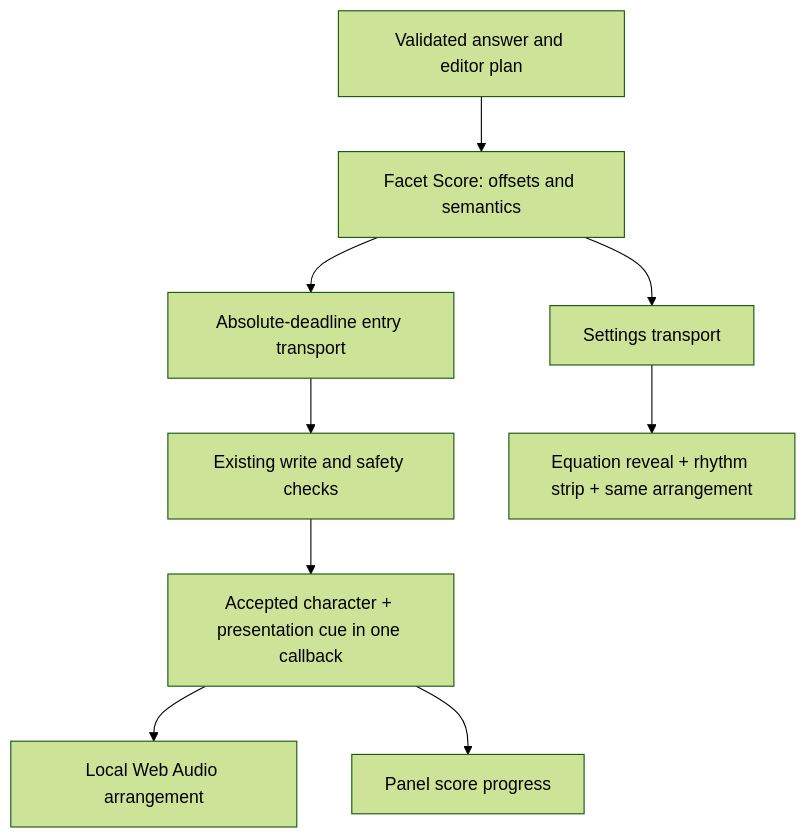
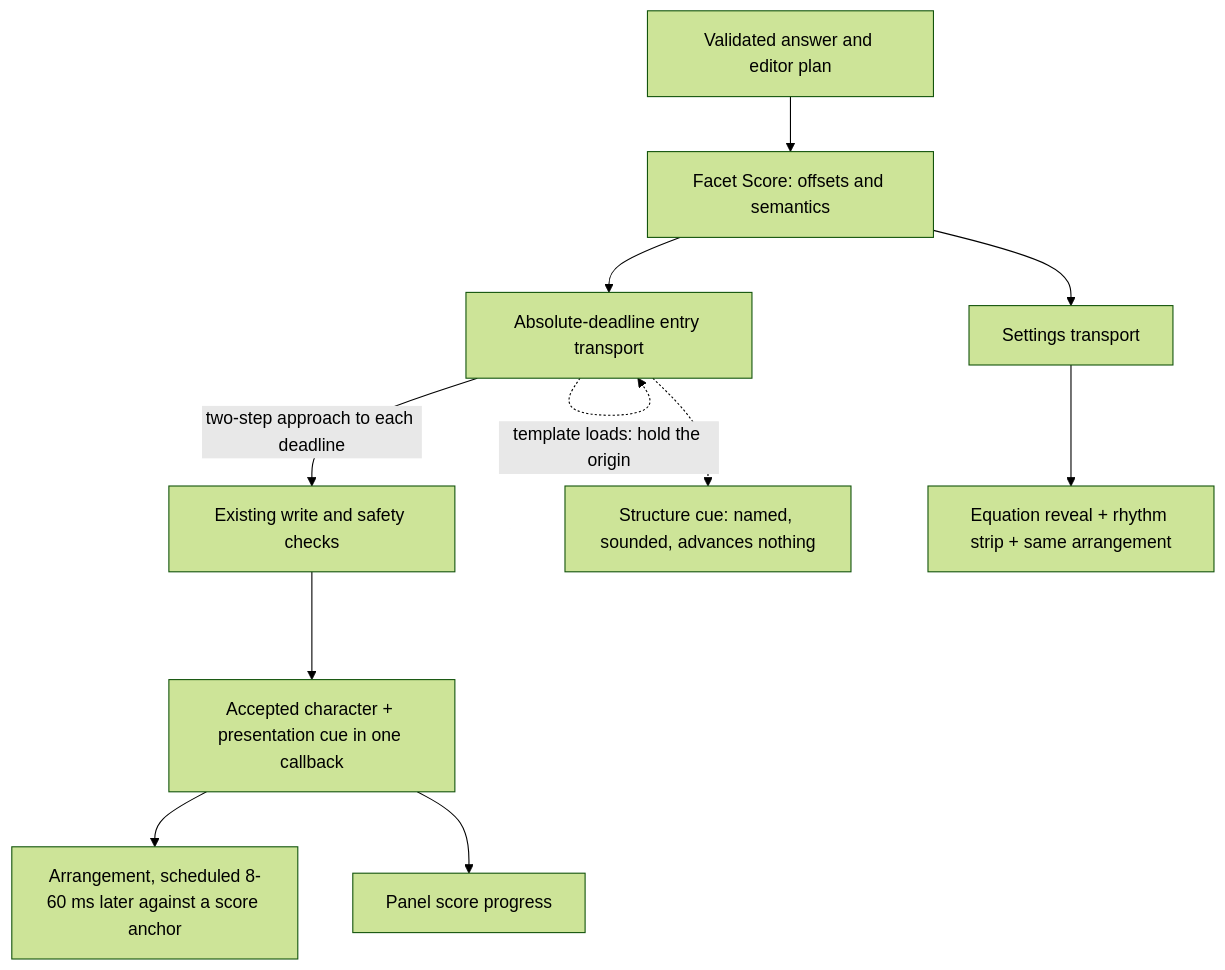
Before and after one commit to SteveFreeBSD/facet-hawkes: the diagram in docs/ANSWER_CADENCE.md, drawn with Mermaid (forest theme). The commit also changed other lines of this file and 17 other files, not shown here.

````diff
--- a/docs/ANSWER_CADENCE.md
+++ b/docs/ANSWER_CADENCE.md
@@ -22,11 +28,13 @@
 ```mermaid
 flowchart TD
     A[Validated answer and editor plan] --> B[Facet Score: offsets and semantics]
     B --> C[Absolute-deadline entry transport]
-    C --> D[Existing write and safety checks]
+    C -->|two-step approach to each deadline| D[Existing write and safety checks]
     D --> E[Accepted character + presentation cue in one callback]
-    E --> F[Local Web Audio arrangement]
+    E --> F[Arrangement, scheduled 8-60 ms later against a score anchor]
     E --> G[Panel score progress]
+    C -.->|template loads: hold the origin| C
+    C -.-> S[Structure cue: named, sounded, advances nothing]
     B --> H[Settings transport]
     H --> I[Equation reveal + rhythm strip + same arrangement]
 ```
````
